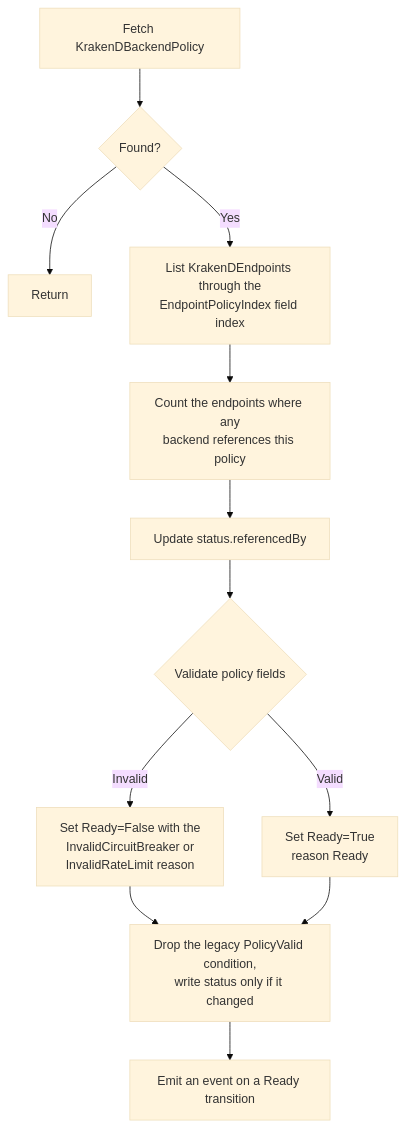
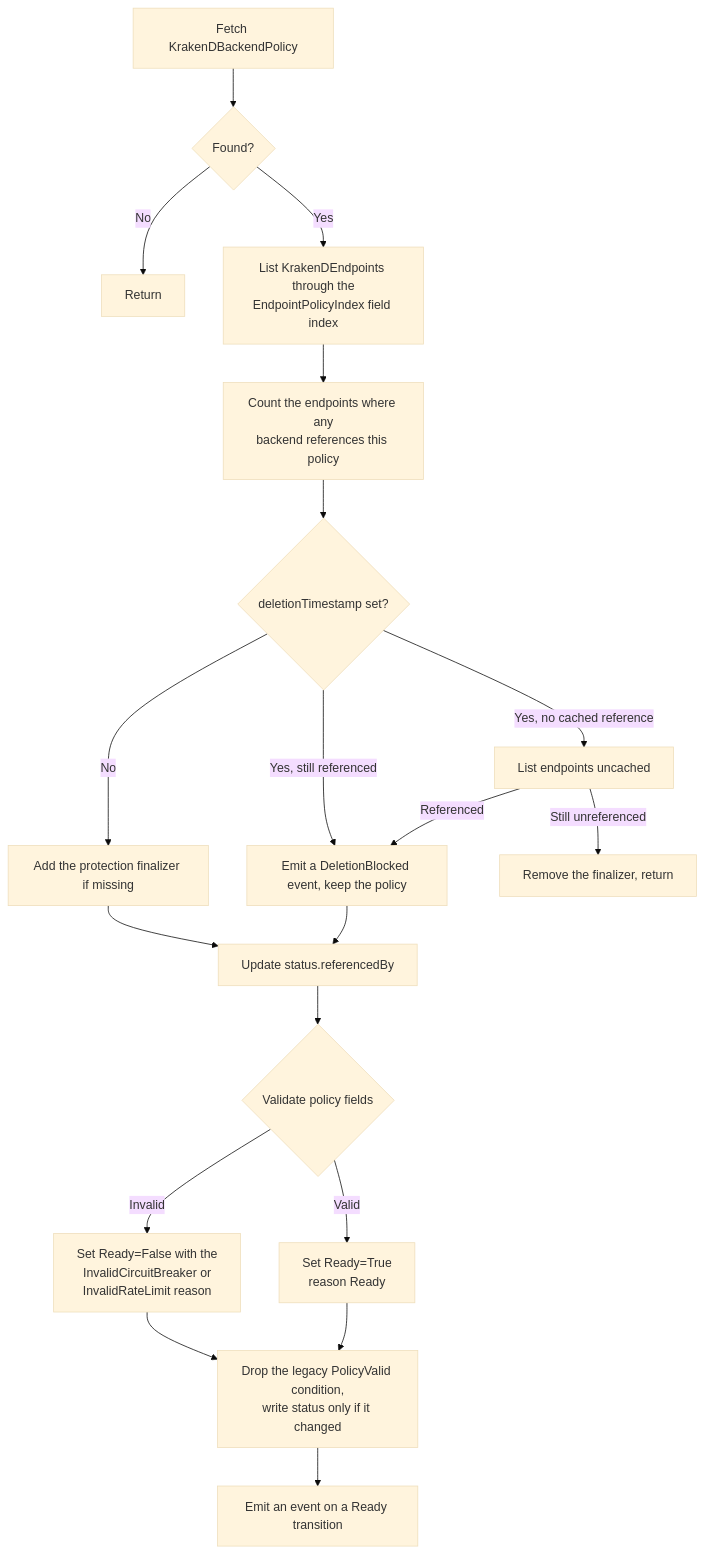
The fifth of 10 diagrams in architecture/application/application-architecture.md (MyCarrier-DevOps/KrakenD-Operator), drawn with Mermaid (base theme) before and after one commit. The commit also changed other lines of this file, not shown here.

Commit message:
docs(architecture): document policy protection in the application guide

````diff
--- a/architecture/application/application-architecture.md
+++ b/architecture/application/application-architecture.md
@@ -1224,14 +1227,21 @@
 ```mermaid
 flowchart TD
     A[Fetch KrakenDBackendPolicy] --> B{Found?}
     B -->|No| Z[Return]
     B -->|Yes| C[List KrakenDEndpoints through the<br/>EndpointPolicyIndex field index]
     C --> D[Count the endpoints where any<br/>backend references this policy]
-    D --> E[Update status.referencedBy]
+    D --> P{deletionTimestamp set?}
+    P -->|No| Q[Add the protection finalizer if missing]
+    P -->|Yes, still referenced| R[Emit a DeletionBlocked event, keep the policy]
+    P -->|Yes, no cached reference| S[List endpoints uncached]
+    S -->|Still unreferenced| T[Remove the finalizer, return]
+    S -->|Referenced| R
+    Q --> E[Update status.referencedBy]
+    R --> E
     E --> F{Validate policy fields}
     F -->|Invalid| G[Set Ready=False with the<br/>InvalidCircuitBreaker or<br/>InvalidRateLimit reason]
     F -->|Valid| H[Set Ready=True<br/>reason Ready]
     G --> J[Drop the legacy PolicyValid condition,<br/>write status only if it changed]
     H --> J
     J --> K[Emit an event on a Ready transition]
 ```
````
